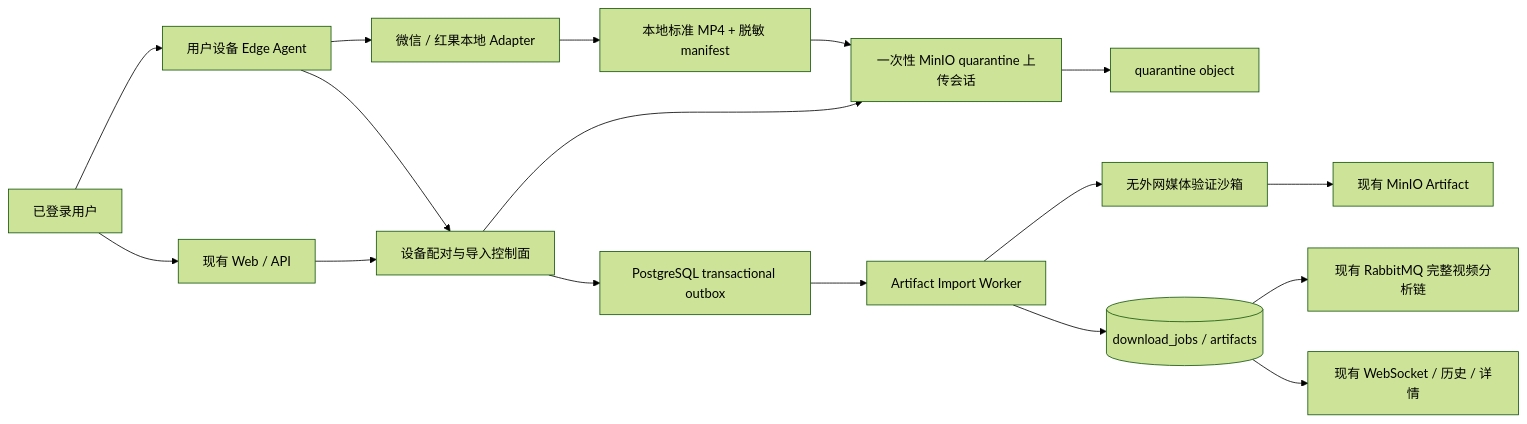
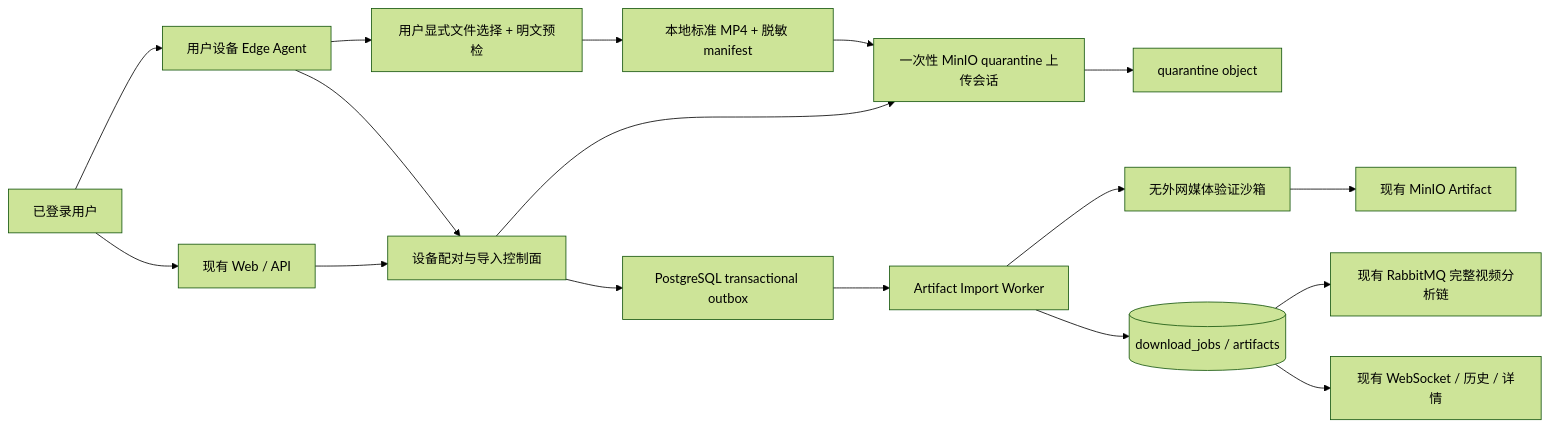
One commit to StephenQiu30/video-server changed the diagram in docs/design/019-用户设备EdgeAgent与媒体制品导入设计.md. Above: the diagram before and after it, drawn with Mermaid (forest theme). The commit also changed other lines of this file and 23 other files, not shown here.

````diff
--- a/docs/design/019-用户设备EdgeAgent与媒体制品导入设计.md
+++ b/docs/design/019-用户设备EdgeAgent与媒体制品导入设计.md
@@ -60,19 +62,19 @@
 ```mermaid
 flowchart LR
     U["已登录用户"] --> WEB["现有 Web / API"]
     U --> EDGE["用户设备 Edge Agent"]
     WEB --> PAIR["设备配对与导入控制面"]
     EDGE --> PAIR
-    EDGE --> ADAPTER["微信 / 红果本地 Adapter"]
-    ADAPTER --> LOCAL["本地标准 MP4 + 脱敏 manifest"]
+    EDGE --> PICKER["用户显式文件选择 + 明文预检"]
+    PICKER --> LOCAL["本地标准 MP4 + 脱敏 manifest"]
     PAIR --> UPLOAD["一次性 MinIO quarantine 上传会话"]
     LOCAL --> UPLOAD
     UPLOAD --> Q["quarantine object"]
     PAIR --> OUTBOX["PostgreSQL transactional outbox"]
     OUTBOX --> IMPORTER["Artifact Import Worker"]
     IMPORTER --> VERIFY["无外网媒体验证沙箱"]
     VERIFY --> FINAL["现有 MinIO Artifact"]
     IMPORTER --> DB[("download_jobs / artifacts")]
     DB --> ANALYSIS["现有 RabbitMQ 完整视频分析链"]
     DB --> WS["现有 WebSocket / 历史 / 详情"]
 ```
````
